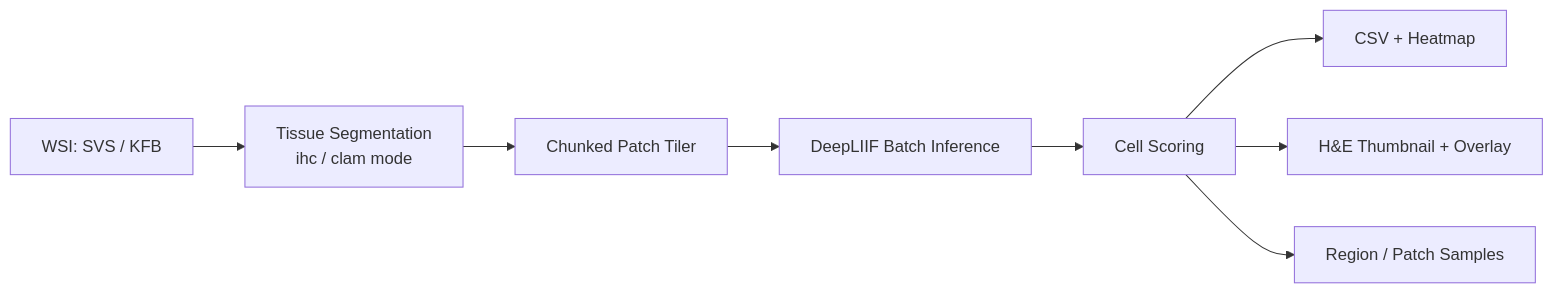
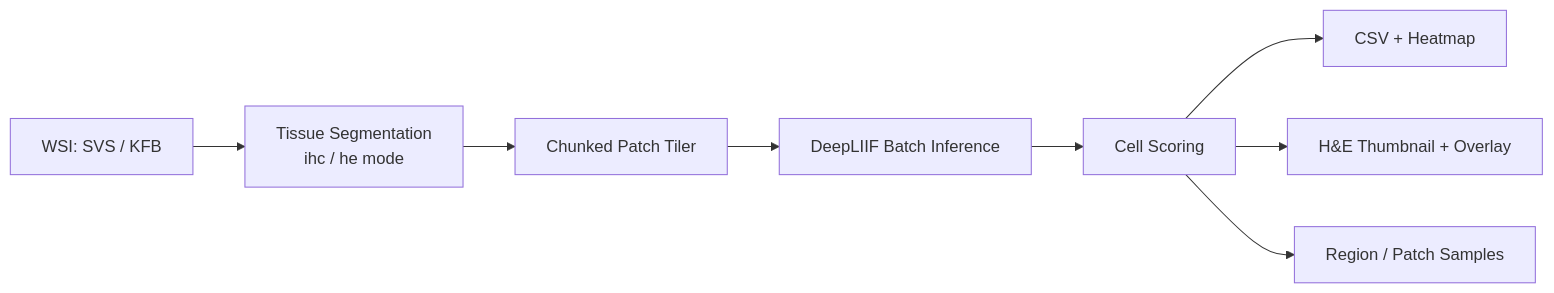
Before and after one commit to yifanfeng97/ihcinfer: the diagram in README.md, drawn with Mermaid. The commit also changed other lines of this file and 12 other files, not shown here.

````diff
--- a/README.md
+++ b/README.md
@@ -242,10 +242,10 @@
 ```mermaid
 graph LR
-    A[WSI: SVS / KFB] --> B[Tissue Segmentation<br/>ihc / clam mode]
+    A[WSI: SVS / KFB] --> B[Tissue Segmentation<br/>ihc / he mode]
     B --> C[Chunked Patch Tiler]
     C --> D[DeepLIIF Batch Inference]
     D --> E[Cell Scoring]
     E --> F[CSV + Heatmap]
     E --> G[H&E Thumbnail + Overlay]
     E --> H[Region / Patch Samples]
 ```
````
